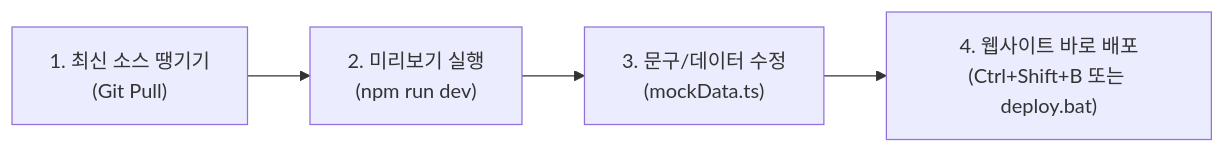
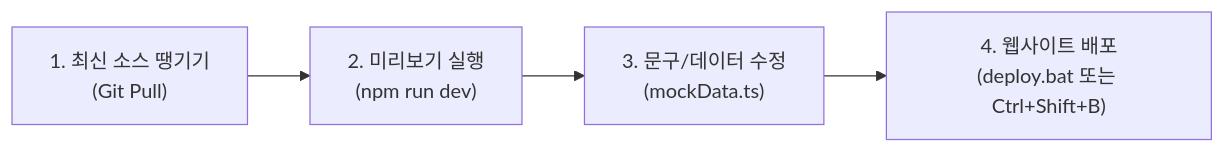
Before and after one commit to rlaqks2/open-the-share-website: the diagram in docs/PLANNER_GUIDE.md, drawn with Mermaid. The commit also changed other lines of this file and 54 other files, not shown here.

````diff
--- a/docs/PLANNER_GUIDE.md
+++ b/docs/PLANNER_GUIDE.md
@@ -21,6 +21,6 @@
 ```mermaid
 flowchart LR
     A["1. 최신 소스 땡기기\n(Git Pull)"] --> B["2. 미리보기 실행\n(npm run dev)"]
     B --> C["3. 문구/데이터 수정\n(mockData.ts)"]
-    C --> D["4. 웹사이트 바로 배포\n(Ctrl+Shift+B 또는 deploy.bat)"]
+    C --> D["4. 웹사이트 배포\n(deploy.bat 또는 Ctrl+Shift+B)"]
 ```
````
